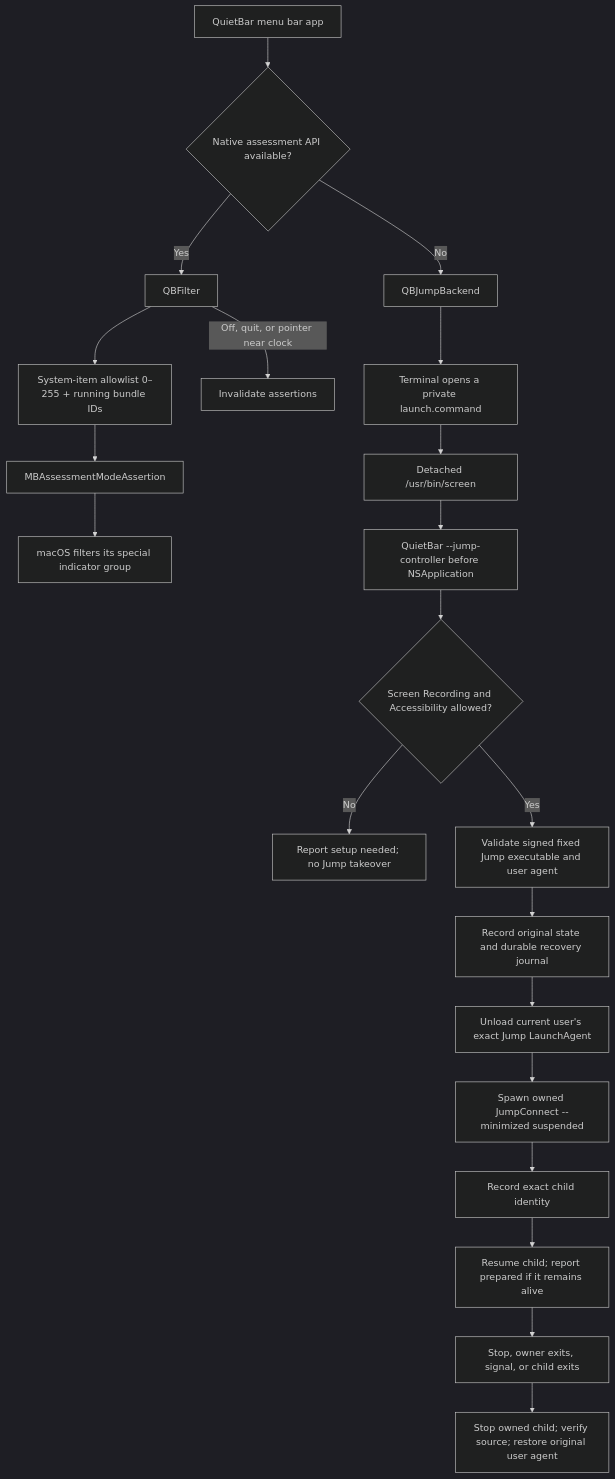
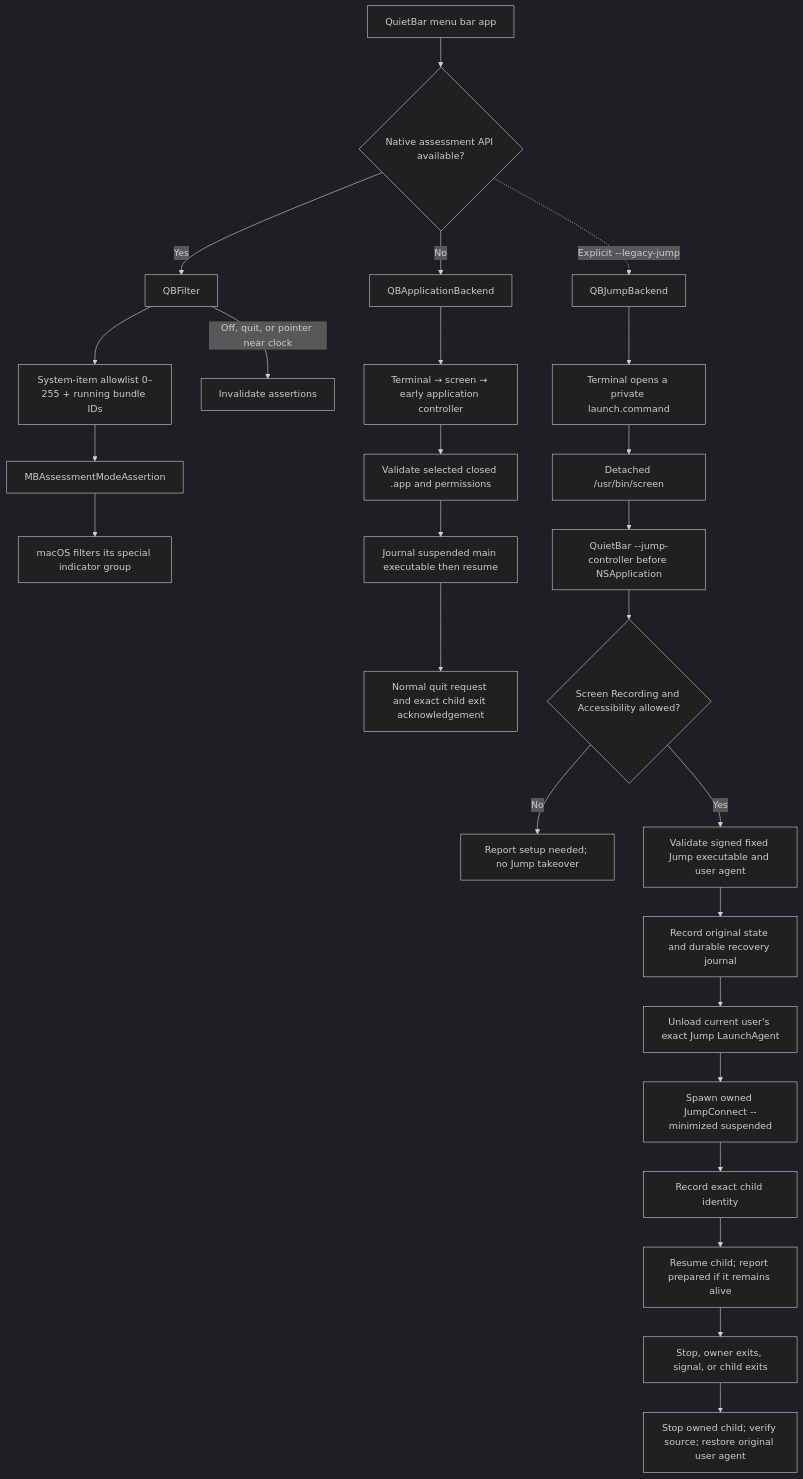
The diagram in docs/architecture.md (miha1744/QuietBar), drawn with Mermaid (dark theme) before and after one commit. The commit also changed other lines of this file and 24 other files, not shown here.

Commit message:
Add experimental selected application launcher for macOS 14 and newer

````diff
--- a/docs/architecture.md
+++ b/docs/architecture.md
@@ -7,24 +7,29 @@
 ```mermaid
 flowchart TD
     App[QuietBar menu bar app] --> Probe{Native assessment API available?}
     Probe -->|Yes| Native[QBFilter]
     Native --> Config[System-item allowlist 0–255 + running bundle IDs]
     Config --> Assertion[MBAssessmentModeAssertion]
     Assertion --> Group[macOS filters its special indicator group]
     Native -->|Off, quit, or pointer near clock| Release[Invalidate assertions]
 
-    Probe -->|No| Legacy[QBJumpBackend]
+    Probe -->|No| Apps[QBApplicationBackend]
+    Apps --> AppTerminal[Terminal → screen → early application controller]
+    AppTerminal --> AppValidate[Validate selected closed .app and permissions]
+    AppValidate --> AppLaunch[Journal suspended main executable then resume]
+    AppLaunch --> AppStop[Normal quit request and exact child exit acknowledgement]
+    Probe -.->|Explicit --legacy-jump| Legacy[QBJumpBackend]
     Legacy --> Terminal[Terminal opens a private launch.command]
     Terminal --> Screen[Detached /usr/bin/screen]
     Screen --> Controller[QuietBar --jump-controller before NSApplication]
     Controller --> Permissions{Screen Recording and Accessibility allowed?}
     Permissions -->|No| Setup[Report setup needed; no Jump takeover]
     Permissions -->|Yes| Validate[Validate signed fixed Jump executable and user agent]
     Validate --> Journal[Record original state and durable recovery journal]
     Journal --> Takeover[Unload current user's exact Jump LaunchAgent]
     Takeover --> Suspended[Spawn owned JumpConnect --minimized suspended]
     Suspended --> Identity[Record exact child identity]
     Identity --> Resume[Resume child; report prepared if it remains alive]
     Resume --> Stop[Stop, owner exits, signal, or child exits]
     Stop --> Restore[Stop owned child; verify source; restore original user agent]
 ```
````
